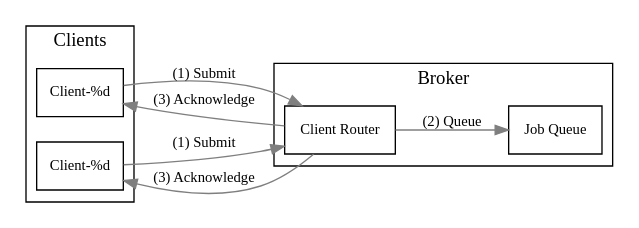
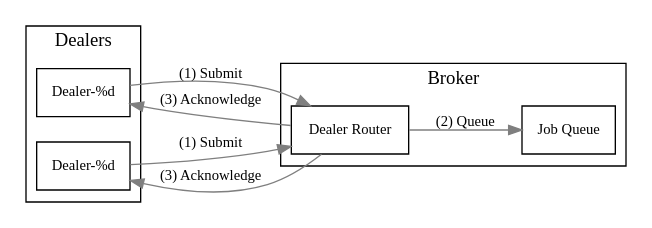
One commit to kanarip/kolab-docs changed the eighth of 11 diagrams in source/architecture-and-design/bonnie.rst. Above: the diagram before and after it, drawn with Graphviz. The commit also changed other lines of this file and 1 other file, not shown here.

Commit message:
Updated the Bonnie Architecture and Design section to reflect the current development status; removed the ORM/Changelog part

```diff
--- a/source/architecture-and-design/bonnie.rst
+++ b/source/architecture-and-design/bonnie.rst
@@ -936,28 +697,28 @@
 .. graphviz::
 
     digraph bonnie_broker {
             rankdir = LR;
             splines = true;
             overlap = prism;
 
             edge [color=gray50, fontname=Calibri, fontsize=11]
             node [shape=record, fontname=Calibri, fontsize=11]
 
             subgraph cluster_broker {
                     label = "Broker";
 
-                    "Client Router";
+                    "Dealer Router";
                     "Job Queue";
                 }
 
             subgraph cluster_clients {
-                    label = "Clients";
-                    "Client $x" [label="Client-%d"];
-                    "Client $y" [label="Client-%d"];
+                    label = "Dealers";
+                    "Dealer $x" [label="Dealer-%d"];
+                    "Dealer $y" [label="Dealer-%d"];
                 }
 
-            "Client $x", "Client $y" -> "Client Router" [label="(1) Submit"];
-            "Client Router" -> "Job Queue" [label="(2) Queue"];
-            "Client $x", "Client $y" -> "Client Router" [label="(3) Acknowledge",dir=back];
+            "Dealer $x", "Dealer $y" -> "Dealer Router" [label="(1) Submit"];
+            "Dealer Router" -> "Job Queue" [label="(2) Queue"];
+            "Dealer $x", "Dealer $y" -> "Dealer Router" [label="(3) Acknowledge",dir=back];
 
         }
```
